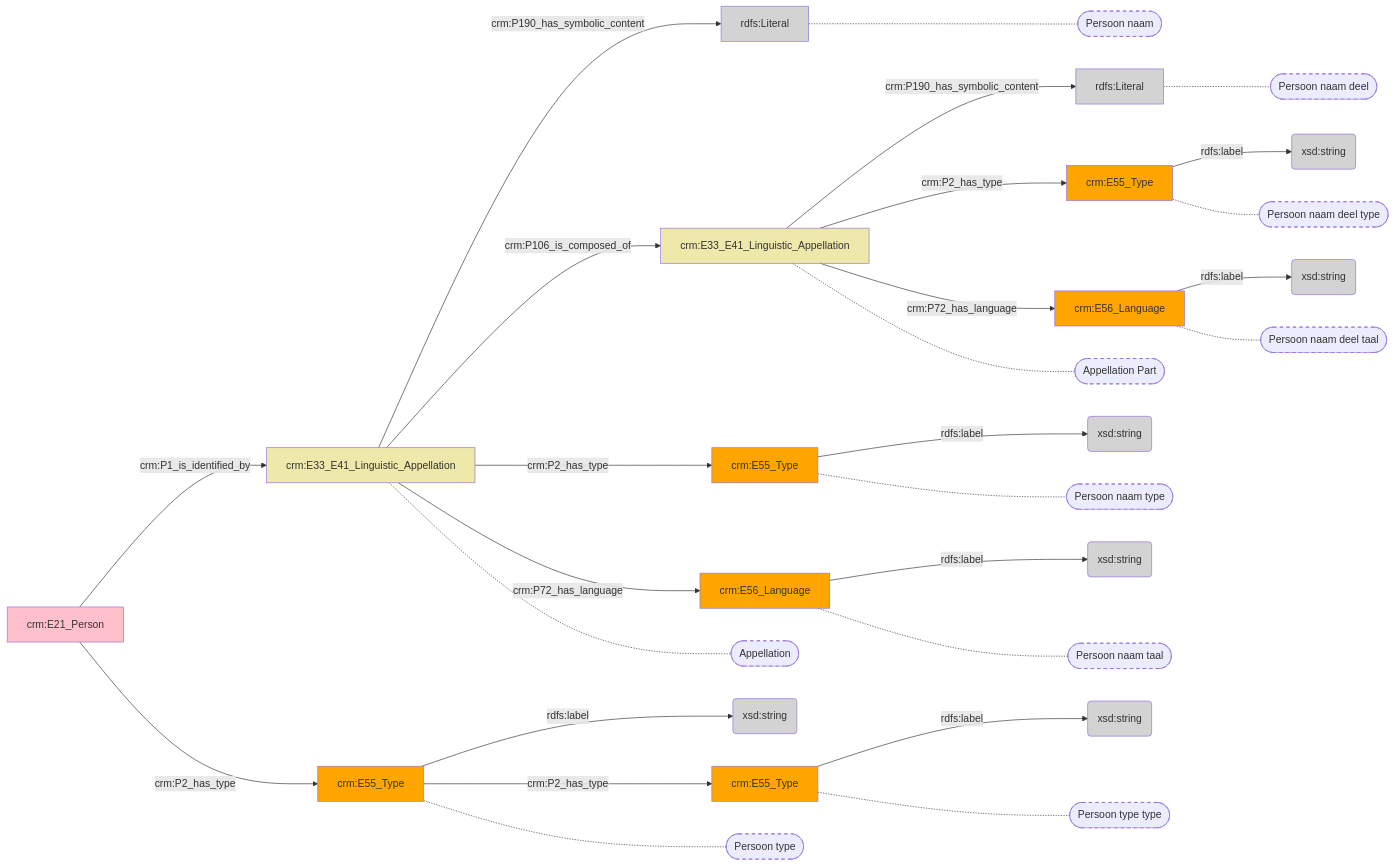
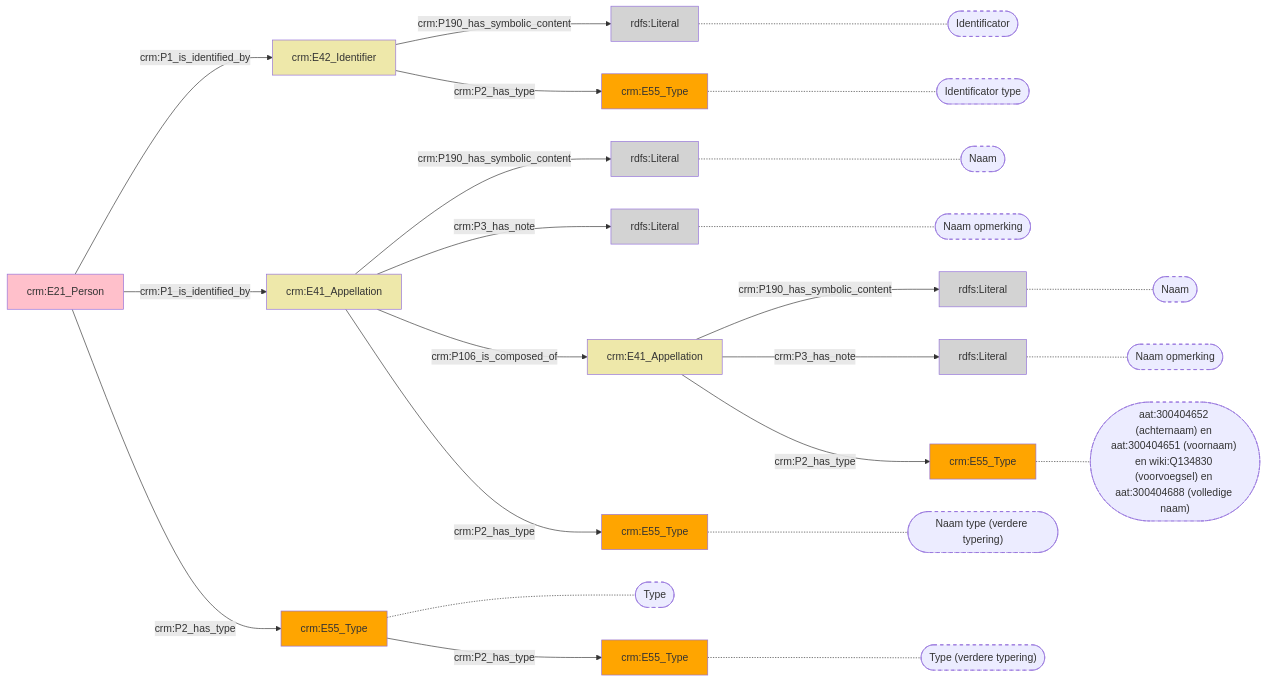
One commit to digipolisantwerpdocumentation/antwerp-cultureel-erfgoed changed the diagram in docs/content/modellen/Person/Identificatie.md. Above: the diagram before and after it, drawn with Mermaid. The commit also changed 170 other files, not shown here.

````diff
--- a/docs/content/modellen/Person/Identificatie.md
+++ b/docs/content/modellen/Person/Identificatie.md
@@ -1,56 +1,50 @@
 ```mermaid
 graph LR
-0d9ce85a-e37c-11ed-9064-00163e71351b["crm:E55_Type"]-->|"rdfs:label"|0d9d4688-e37c-11ed-9064-00163e71351b(xsd:string)
-0d9d4e58-e37c-11ed-9064-00163e71351b["crm:E55_Type"]-->|"rdfs:label"|0d9d278e-e37c-11ed-9064-00163e71351b(xsd:string)
-852fddca-ed98-11ed-9232-00163e71351b["crm:E33_E41_Linguistic_Appellation"]-->|"crm:P190_has_symbolic_content"|852fe766-ed98-11ed-9232-00163e71351b(rdfs:Literal)
-852fe4f0-ed98-11ed-9232-00163e71351b["crm:E56_Language"]-->|"rdfs:label"|852ff17a-ed98-11ed-9232-00163e71351b(xsd:string)
-852fed92-ed98-11ed-9232-00163e71351b["crm:E56_Language"]-->|"rdfs:label"|852fef90-ed98-11ed-9232-00163e71351b(xsd:string)
-852ff544-ed98-11ed-9232-00163e71351b["crm:E55_Type"]-->|"rdfs:label"|852feb8a-ed98-11ed-9232-00163e71351b(xsd:string)
-852ff72e-ed98-11ed-9232-00163e71351b["crm:E33_E41_Linguistic_Appellation"]-->|"crm:P190_has_symbolic_content"|852ff35a-ed98-11ed-9232-00163e71351b(rdfs:Literal)
-852ff918-ed98-11ed-9232-00163e71351b["crm:E55_Type"]-->|"rdfs:label"|852fe978-ed98-11ed-9232-00163e71351b(xsd:string)
-0d9ce85a-e37c-11ed-9064-00163e71351b["crm:E55_Type"]-->|"crm:P2_has_type"|0d9d4e58-e37c-11ed-9064-00163e71351b["crm:E55_Type"]
-0d9d4cb4-e37c-11ed-9064-00163e71351b["crm:E21_Person"]-->|"crm:P1_is_identified_by"|852fddca-ed98-11ed-9232-00163e71351b["crm:E33_E41_Linguistic_Appellation"]
-0d9d4cb4-e37c-11ed-9064-00163e71351b["crm:E21_Person"]-->|"crm:P2_has_type"|0d9ce85a-e37c-11ed-9064-00163e71351b["crm:E55_Type"]
-852fddca-ed98-11ed-9232-00163e71351b["crm:E33_E41_Linguistic_Appellation"]-->|"crm:P106_is_composed_of"|852ff72e-ed98-11ed-9232-00163e71351b["crm:E33_E41_Linguistic_Appellation"]
-852fddca-ed98-11ed-9232-00163e71351b["crm:E33_E41_Linguistic_Appellation"]-->|"crm:P2_has_type"|852ff544-ed98-11ed-9232-00163e71351b["crm:E55_Type"]
-852fddca-ed98-11ed-9232-00163e71351b["crm:E33_E41_Linguistic_Appellation"]-->|"crm:P72_has_language"|852fe4f0-ed98-11ed-9232-00163e71351b["crm:E56_Language"]
-852ff72e-ed98-11ed-9232-00163e71351b["crm:E33_E41_Linguistic_Appellation"]-->|"crm:P2_has_type"|852ff918-ed98-11ed-9232-00163e71351b["crm:E55_Type"]
-852ff72e-ed98-11ed-9232-00163e71351b["crm:E33_E41_Linguistic_Appellation"]-->|"crm:P72_has_language"|852fed92-ed98-11ed-9232-00163e71351b["crm:E56_Language"]
-0d9d4e58-e37c-11ed-9064-00163e71351b["crm:E55_Type"]-.-0d9d4e58-e37c-11ed-9064-00163e71351b_s(["Persoon type type"])
-852fddca-ed98-11ed-9232-00163e71351b["crm:E33_E41_Linguistic_Appellation"]-.-852fddca-ed98-11ed-9232-00163e71351b_s(["Appellation"])
-0d9ce85a-e37c-11ed-9064-00163e71351b["crm:E55_Type"]-.-0d9ce85a-e37c-11ed-9064-00163e71351b_s(["Persoon type"])
-852ff72e-ed98-11ed-9232-00163e71351b["crm:E33_E41_Linguistic_Appellation"]-.-852ff72e-ed98-11ed-9232-00163e71351b_s(["Appellation Part"])
-852fe766-ed98-11ed-9232-00163e71351b["rdfs:Literal"]-.-852fe766-ed98-11ed-9232-00163e71351b_s(["Persoon naam"])
-852ff544-ed98-11ed-9232-00163e71351b["crm:E55_Type"]-.-852ff544-ed98-11ed-9232-00163e71351b_s(["Persoon naam type"])
-852fe4f0-ed98-11ed-9232-00163e71351b["crm:E56_Language"]-.-852fe4f0-ed98-11ed-9232-00163e71351b_s(["Persoon naam taal"])
-852ff35a-ed98-11ed-9232-00163e71351b["rdfs:Literal"]-.-852ff35a-ed98-11ed-9232-00163e71351b_s(["Persoon naam deel"])
-852ff918-ed98-11ed-9232-00163e71351b["crm:E55_Type"]-.-852ff918-ed98-11ed-9232-00163e71351b_s(["Persoon naam deel type"])
-852fed92-ed98-11ed-9232-00163e71351b["crm:E56_Language"]-.-852fed92-ed98-11ed-9232-00163e71351b_s(["Persoon naam deel taal"])
+style 07d9ff07-18e9-11ef-97b9-960002548b4f fill:#EEE8AA
+style 07da01d0-18e9-11ef-b612-960002548b4f fill:#D3D3D3
+style 07da0254-18e9-11ef-af3e-960002548b4f fill:#ffa500
+style 0d9ce85a-e37c-11ed-9064-00163e71351b fill:#ffa500
+style 0d9d4cb4-e37c-11ed-9064-00163e71351b fill:#ffc0cb
+style 0d9d4e58-e37c-11ed-9064-00163e71351b fill:#ffa500
+style 350fb619-39f9-11ef-bd0c-960002548b4f fill:#EEE8AA
+style 350fb84c-39f9-11ef-9cf1-960002548b4f fill:#D3D3D3
+style 350fb8f8-39f9-11ef-8fd7-960002548b4f fill:#D3D3D3
+style 350fb979-39f9-11ef-b9d0-960002548b4f fill:#ffa500
+style 852fddca-ed98-11ed-9232-00163e71351b fill:#EEE8AA
+style 852fe766-ed98-11ed-9232-00163e71351b fill:#D3D3D3
+style 852ff544-ed98-11ed-9232-00163e71351b fill:#ffa500
+style f73d066d-2986-11ef-b8f7-960002548b4f fill:#D3D3D3
+07d9ff07-18e9-11ef-97b9-960002548b4f["crm:E42_Identifier"]-->|"crm:P190_has_symbolic_content"|07da01d0-18e9-11ef-b612-960002548b4f(rdfs:Literal)
+350fb619-39f9-11ef-bd0c-960002548b4f["crm:E41_Appellation"]-->|"crm:P190_has_symbolic_content"|350fb8f8-39f9-11ef-8fd7-960002548b4f(rdfs:Literal)
+350fb619-39f9-11ef-bd0c-960002548b4f["crm:E41_Appellation"]-->|"crm:P3_has_note"|350fb84c-39f9-11ef-9cf1-960002548b4f(rdfs:Literal)
+852fddca-ed98-11ed-9232-00163e71351b["crm:E41_Appellation"]-->|"crm:P190_has_symbolic_content"|852fe766-ed98-11ed-9232-00163e71351b(rdfs:Literal)
+852fddca-ed98-11ed-9232-00163e71351b["crm:E41_Appellation"]-->|"crm:P3_has_note"|f73d066d-2986-11ef-b8f7-960002548b4f(rdfs:Literal)
+style 07da01d0-18e9-11ef-b612-960002548b4f_s stroke-dasharray: 5
+style 07da0254-18e9-11ef-af3e-960002548b4f_s stroke-dasharray: 5
 style 0d9d4e58-e37c-11ed-9064-00163e71351b_s stroke-dasharray: 5
-style 852fddca-ed98-11ed-9232-00163e71351b_s stroke-dasharray: 5
 style 0d9ce85a-e37c-11ed-9064-00163e71351b_s stroke-dasharray: 5
-style 852ff72e-ed98-11ed-9232-00163e71351b_s stroke-dasharray: 5
+style 350fb8f8-39f9-11ef-8fd7-960002548b4f_s stroke-dasharray: 5
+style 350fb979-39f9-11ef-b9d0-960002548b4f_s stroke-dasharray: 5
+style 350fb84c-39f9-11ef-9cf1-960002548b4f_s stroke-dasharray: 5
 style 852fe766-ed98-11ed-9232-00163e71351b_s stroke-dasharray: 5
 style 852ff544-ed98-11ed-9232-00163e71351b_s stroke-dasharray: 5
-style 852fe4f0-ed98-11ed-9232-00163e71351b_s stroke-dasharray: 5
-style 852ff35a-ed98-11ed-9232-00163e71351b_s stroke-dasharray: 5
-style 852ff918-ed98-11ed-9232-00163e71351b_s stroke-dasharray: 5
-style 852fed92-ed98-11ed-9232-00163e71351b_s stroke-dasharray: 5
-style 0d9ce85a-e37c-11ed-9064-00163e71351b fill:#ffa500
-style 0d9d278e-e37c-11ed-9064-00163e71351b fill:#D3D3D3
-style 0d9d4688-e37c-11ed-9064-00163e71351b fill:#D3D3D3
-style 0d9d4cb4-e37c-11ed-9064-00163e71351b fill:#ffc0cb
-style 0d9d4e58-e37c-11ed-9064-00163e71351b fill:#ffa500
-style 852fddca-ed98-11ed-9232-00163e71351b fill:#EEE8AA
-style 852fe4f0-ed98-11ed-9232-00163e71351b fill:#ffa500
-style 852fe766-ed98-11ed-9232-00163e71351b fill:#D3D3D3
-style 852fe978-ed98-11ed-9232-00163e71351b fill:#D3D3D3
-style 852feb8a-ed98-11ed-9232-00163e71351b fill:#D3D3D3
-style 852fed92-ed98-11ed-9232-00163e71351b fill:#ffa500
-style 852fef90-ed98-11ed-9232-00163e71351b fill:#D3D3D3
-style 852ff17a-ed98-11ed-9232-00163e71351b fill:#D3D3D3
-style 852ff35a-ed98-11ed-9232-00163e71351b fill:#D3D3D3
-style 852ff544-ed98-11ed-9232-00163e71351b fill:#ffa500
-style 852ff72e-ed98-11ed-9232-00163e71351b fill:#EEE8AA
-style 852ff918-ed98-11ed-9232-00163e71351b fill:#ffa500
+style f73d066d-2986-11ef-b8f7-960002548b4f_s stroke-dasharray: 5
+07da01d0-18e9-11ef-b612-960002548b4f["rdfs:Literal"]-.-07da01d0-18e9-11ef-b612-960002548b4f_s(["Identificator"])
+07da0254-18e9-11ef-af3e-960002548b4f["crm:E55_Type"]-.-07da0254-18e9-11ef-af3e-960002548b4f_s(["Identificator type"])
+0d9d4e58-e37c-11ed-9064-00163e71351b["crm:E55_Type"]-.-0d9d4e58-e37c-11ed-9064-00163e71351b_s(["Type (verdere typering)"])
+0d9ce85a-e37c-11ed-9064-00163e71351b["crm:E55_Type"]-.-0d9ce85a-e37c-11ed-9064-00163e71351b_s(["Type"])
+350fb8f8-39f9-11ef-8fd7-960002548b4f["rdfs:Literal"]-.-350fb8f8-39f9-11ef-8fd7-960002548b4f_s(["Naam"])
+350fb979-39f9-11ef-b9d0-960002548b4f["crm:E55_Type"]-.-350fb979-39f9-11ef-b9d0-960002548b4f_s(["aat:300404652 (achternaam) en aat:300404651 (voornaam) en wiki:Q134830 (voorvoegsel) en aat:300404688 (volledige naam)"])
+350fb84c-39f9-11ef-9cf1-960002548b4f["rdfs:Literal"]-.-350fb84c-39f9-11ef-9cf1-960002548b4f_s(["Naam opmerking"])
+852fe766-ed98-11ed-9232-00163e71351b["rdfs:Literal"]-.-852fe766-ed98-11ed-9232-00163e71351b_s(["Naam"])
+852ff544-ed98-11ed-9232-00163e71351b["crm:E55_Type"]-.-852ff544-ed98-11ed-9232-00163e71351b_s(["Naam type (verdere typering)"])
+f73d066d-2986-11ef-b8f7-960002548b4f["rdfs:Literal"]-.-f73d066d-2986-11ef-b8f7-960002548b4f_s(["Naam opmerking"])
+07d9ff07-18e9-11ef-97b9-960002548b4f["crm:E42_Identifier"]-->|"crm:P2_has_type"|07da0254-18e9-11ef-af3e-960002548b4f["crm:E55_Type"]
+0d9ce85a-e37c-11ed-9064-00163e71351b["crm:E55_Type"]-->|"crm:P2_has_type"|0d9d4e58-e37c-11ed-9064-00163e71351b["crm:E55_Type"]
+0d9d4cb4-e37c-11ed-9064-00163e71351b["crm:E21_Person"]-->|"crm:P1_is_identified_by"|07d9ff07-18e9-11ef-97b9-960002548b4f["crm:E42_Identifier"]
+0d9d4cb4-e37c-11ed-9064-00163e71351b["crm:E21_Person"]-->|"crm:P1_is_identified_by"|852fddca-ed98-11ed-9232-00163e71351b["crm:E41_Appellation"]
+0d9d4cb4-e37c-11ed-9064-00163e71351b["crm:E21_Person"]-->|"crm:P2_has_type"|0d9ce85a-e37c-11ed-9064-00163e71351b["crm:E55_Type"]
+350fb619-39f9-11ef-bd0c-960002548b4f["crm:E41_Appellation"]-->|"crm:P2_has_type"|350fb979-39f9-11ef-b9d0-960002548b4f["crm:E55_Type"]
+852fddca-ed98-11ed-9232-00163e71351b["crm:E41_Appellation"]-->|"crm:P106_is_composed_of"|350fb619-39f9-11ef-bd0c-960002548b4f["crm:E41_Appellation"]
+852fddca-ed98-11ed-9232-00163e71351b["crm:E41_Appellation"]-->|"crm:P2_has_type"|852ff544-ed98-11ed-9232-00163e71351b["crm:E55_Type"]
 ```
````
